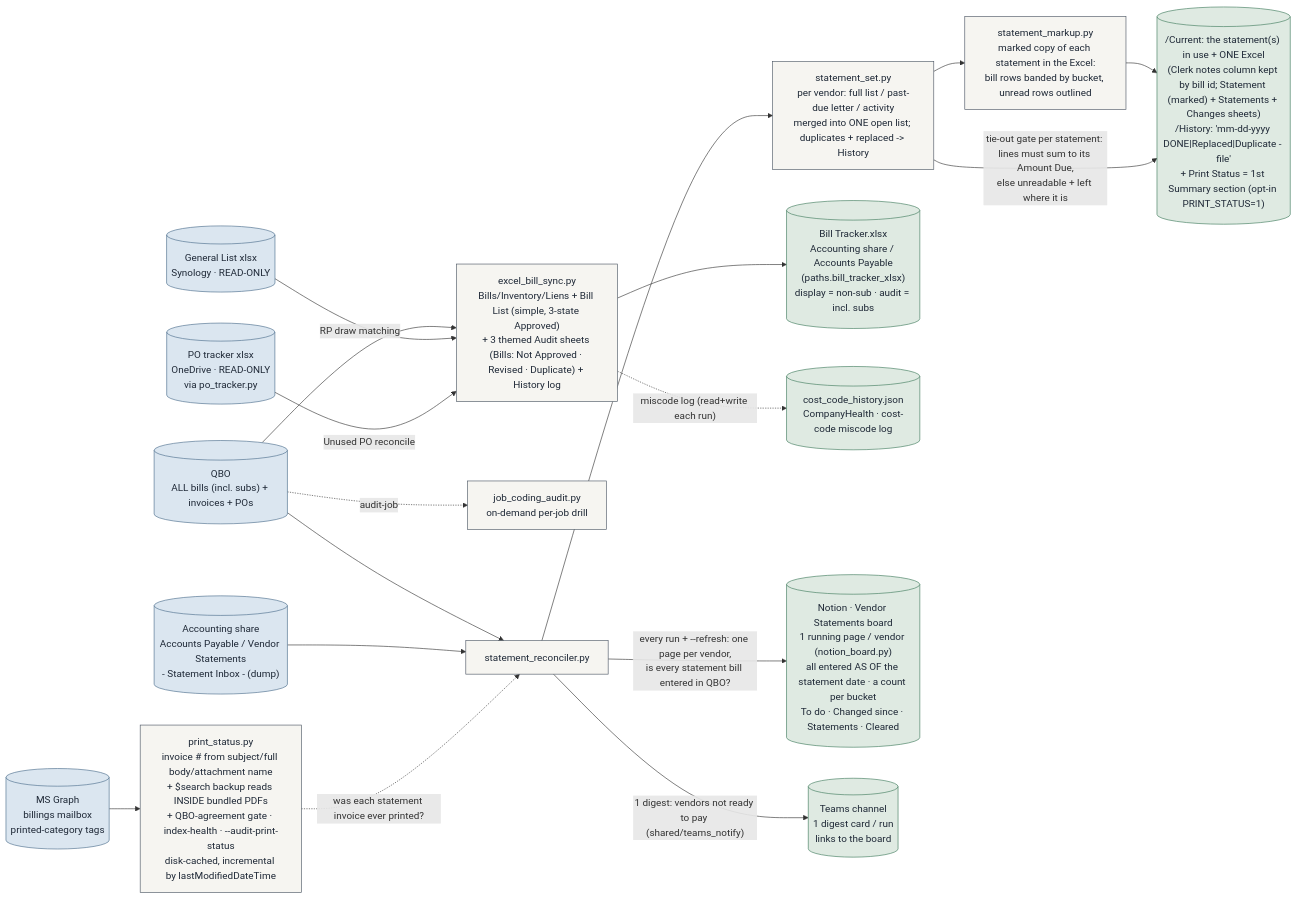
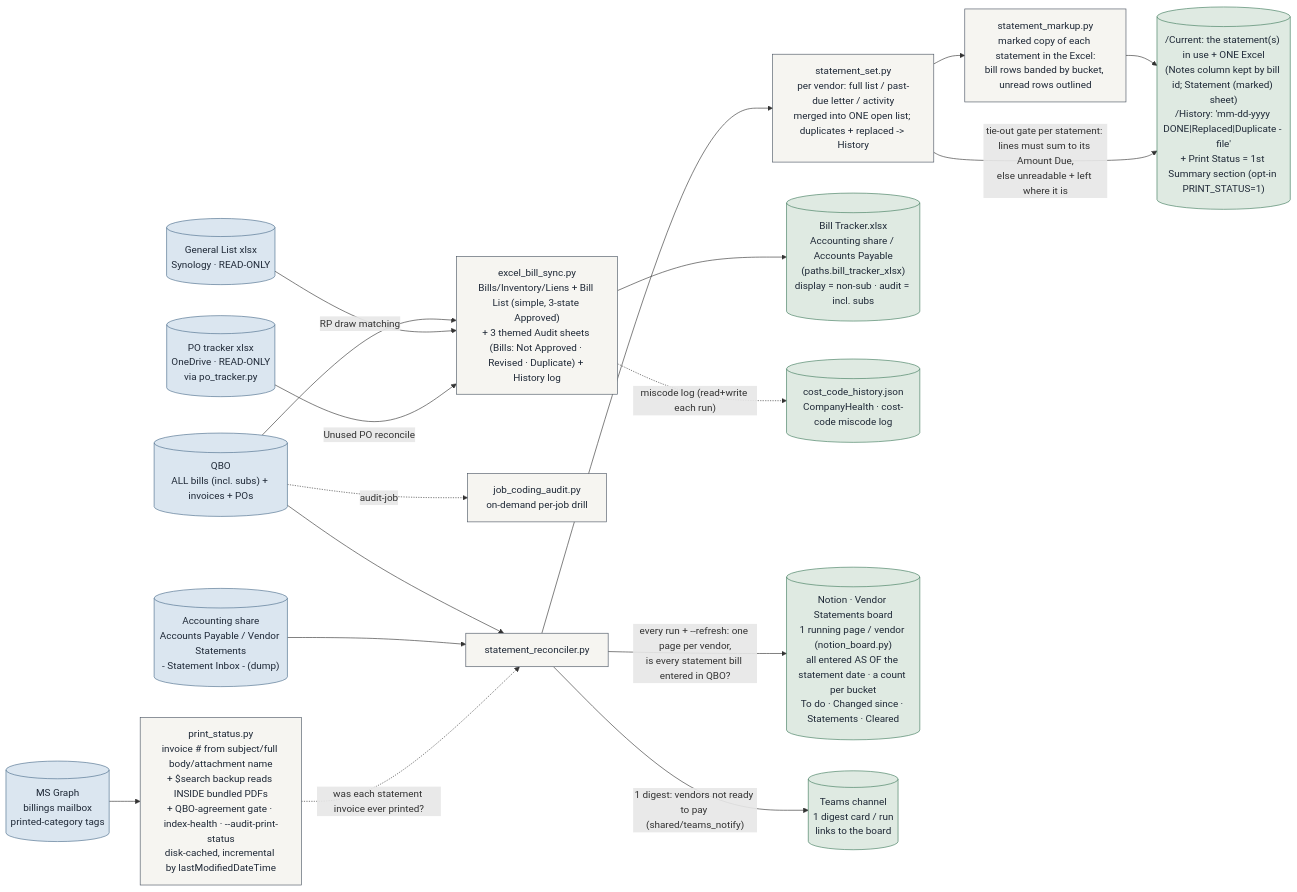
The third of 8 diagrams in docs/ARCHITECTURE.md (Ecarlo-Proficient/Claude-Report), drawn with Mermaid before and after one commit. The commit also changed 8 other files, not shown here.

````diff
--- a/docs/ARCHITECTURE.md
+++ b/docs/ARCHITECTURE.md
@@ -272,35 +272,35 @@
 ```mermaid
 flowchart LR
     classDef src fill:#dbe6f0,stroke:#4A6B8A,color:#1f2937
     classDef tool fill:#f6f5f1,stroke:#4b5563,color:#1f2937
     classDef out fill:#dfeae2,stroke:#3E7A5C,color:#1f2937
 
     QBO[("QBO\nALL bills (incl. subs) + invoices + POs")]:::src
     NAS[("Accounting share\nAccounts Payable / Vendor Statements\n- Statement Inbox - (dump)")]:::src
     GL[("General List xlsx\nSynology · READ-ONLY")]:::src
     POT[("PO tracker xlsx\nOneDrive · READ-ONLY\nvia po_tracker.py")]:::src
     MBX[("MS Graph\nbillings mailbox\nprinted-category tags")]:::src
     BT["excel_bill_sync.py\nBills/Inventory/Liens + Bill List (simple, 3-state Approved)\n+ 3 themed Audit sheets (Bills: Not Approved · Revised · Duplicate) + History log"]:::tool
     JCA["job_coding_audit.py\non-demand per-job drill"]:::tool
     SR["statement_reconciler.py"]:::tool
     SS["statement_set.py\nper vendor: full list / past-due letter / activity\nmerged into ONE open list; duplicates + replaced -> History"]:::tool
     SM["statement_markup.py\nmarked copy of each statement in the Excel:\nbill rows banded by bucket, unread rows outlined"]:::tool
     PS["print_status.py\ninvoice # from subject/full body/attachment name\n+ $search backup reads INSIDE bundled PDFs\n+ QBO-agreement gate · index-health · --audit-print-status\ndisk-cached, incremental by lastModifiedDateTime"]:::tool
     BX[("Bill Tracker.xlsx\nAccounting share / Accounts Payable\n(paths.bill_tracker_xlsx)\ndisplay = non-sub · audit = incl. subs")]:::out
     CCH[("cost_code_history.json\nCompanyHealth · cost-code miscode log")]:::out
-    RX[("<Vendor>/Current: the statement(s) in use + ONE Excel\n(Clerk notes column kept by bill id; Statement (marked) + Statements + Changes sheets)\n<Vendor>/History: 'mm-dd-yyyy DONE|Replaced|Duplicate - file'\n+ Print Status = 1st Summary section (opt-in PRINT_STATUS=1)")]:::out
+    RX[("<Vendor>/Current: the statement(s) in use + ONE Excel\n(Notes column kept by bill id; Statement (marked) sheet)\n<Vendor>/History: 'mm-dd-yyyy DONE|Replaced|Duplicate - file'\n+ Print Status = 1st Summary section (opt-in PRINT_STATUS=1)")]:::out
     NB[("Notion · Vendor Statements board\n1 running page / vendor (notion_board.py)\nall entered AS OF the statement date · a count per bucket\nTo do · Changed since · Statements · Cleared")]:::out
     TEAMS[("Teams channel\n1 digest card / run\nlinks to the board")]:::out
 
     QBO --> BT --> BX
     BT -. "miscode log (read+write each run)" .-> CCH
     QBO -. "audit-job" .-> JCA
     GL -- "RP draw matching" --> BT
     POT -- "Unused PO reconcile" --> BT
     QBO --> SR
     SS --> SM --> RX
     NAS --> SR --> SS -- "tie-out gate per statement: lines must sum to its Amount Due,\nelse unreadable + left where it is" --> RX
     SR -- "every run + --refresh: one page per vendor,\nis every statement bill entered in QBO?" --> NB
     SR -- "1 digest: vendors not ready to pay (shared/teams_notify)" --> TEAMS
     MBX --> PS -. "was each statement invoice ever printed?" .-> SR
 ```
````
